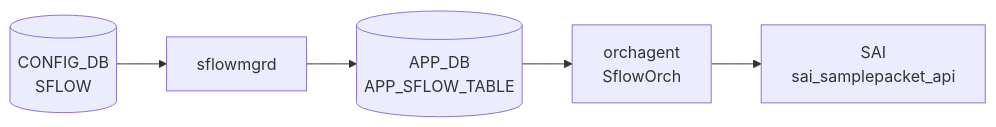
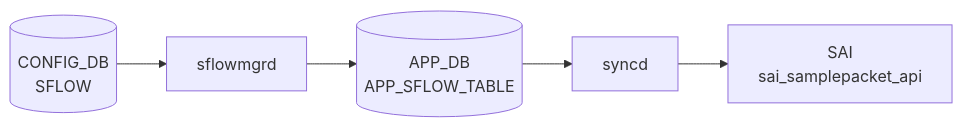
Before and after one commit to aoki-taquan/sonic-unofficial-docs: the diagram in docs/reference/config-db/sflow.md, drawn with Mermaid. The commit also changed 4 other files, not shown here.

Commit message:
chore(config-db): regenerate mermaid blocks after merge

````diff
--- a/docs/reference/config-db/sflow.md
+++ b/docs/reference/config-db/sflow.md
@@ -34,12 +34,12 @@
 ```mermaid
 flowchart LR
   CDB[("CONFIG_DB<br/>SFLOW")]
   DM["sflowmgrd"]
   CDB --> DM
   APPDB[("APP_DB<br/>APP_SFLOW_TABLE")]
   DM --> APPDB
-  ORCH["orchagent<br/>SflowOrch"]
-  APPDB --> ORCH
+  SYNCD["syncd"]
+  APPDB --> SYNCD
   SAI["SAI<br/>sai_samplepacket_api"]
-  ORCH --> SAI
+  SYNCD --> SAI
 ```
````
